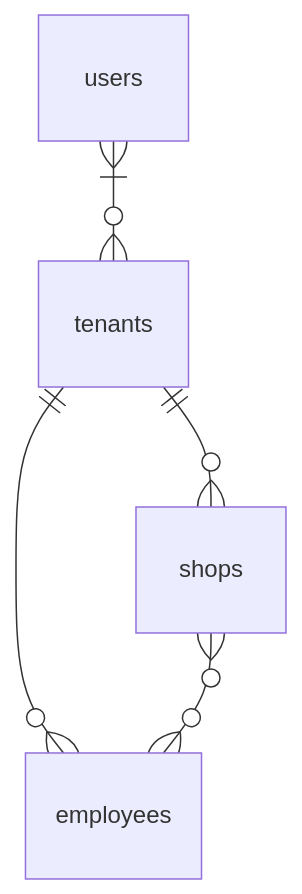
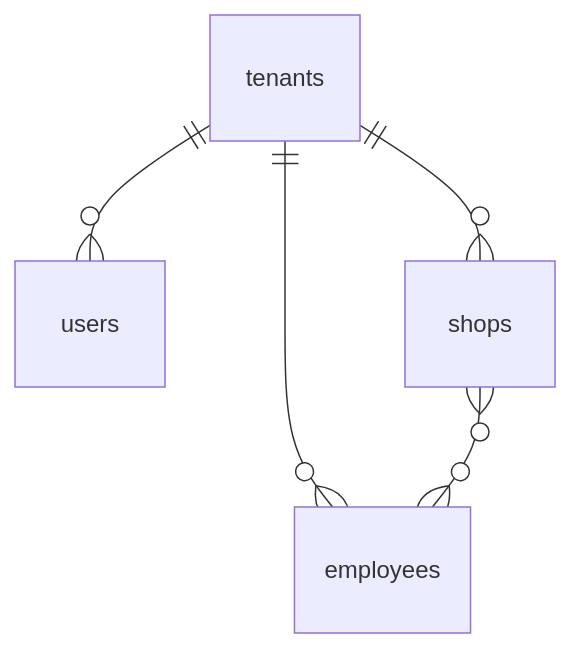
One commit to qr-snap-order/qr-snap-order-backend changed the first of 2 diagrams in docs/er.md. Above: the diagram before and after it, drawn with Mermaid. The commit also changed other lines of this file, not shown here.

Commit message:
update: er.md

````diff
--- a/docs/er.md
+++ b/docs/er.md
@@ -3,7 +3,7 @@
 ```mermaid
 erDiagram
-    users }|--o{ tenants : ""
+    tenants ||--o{ users : ""
     tenants ||--o{ shops : ""
     tenants ||--o{ employees : ""
     shops }o--o{ employees : ""
 ```
````
